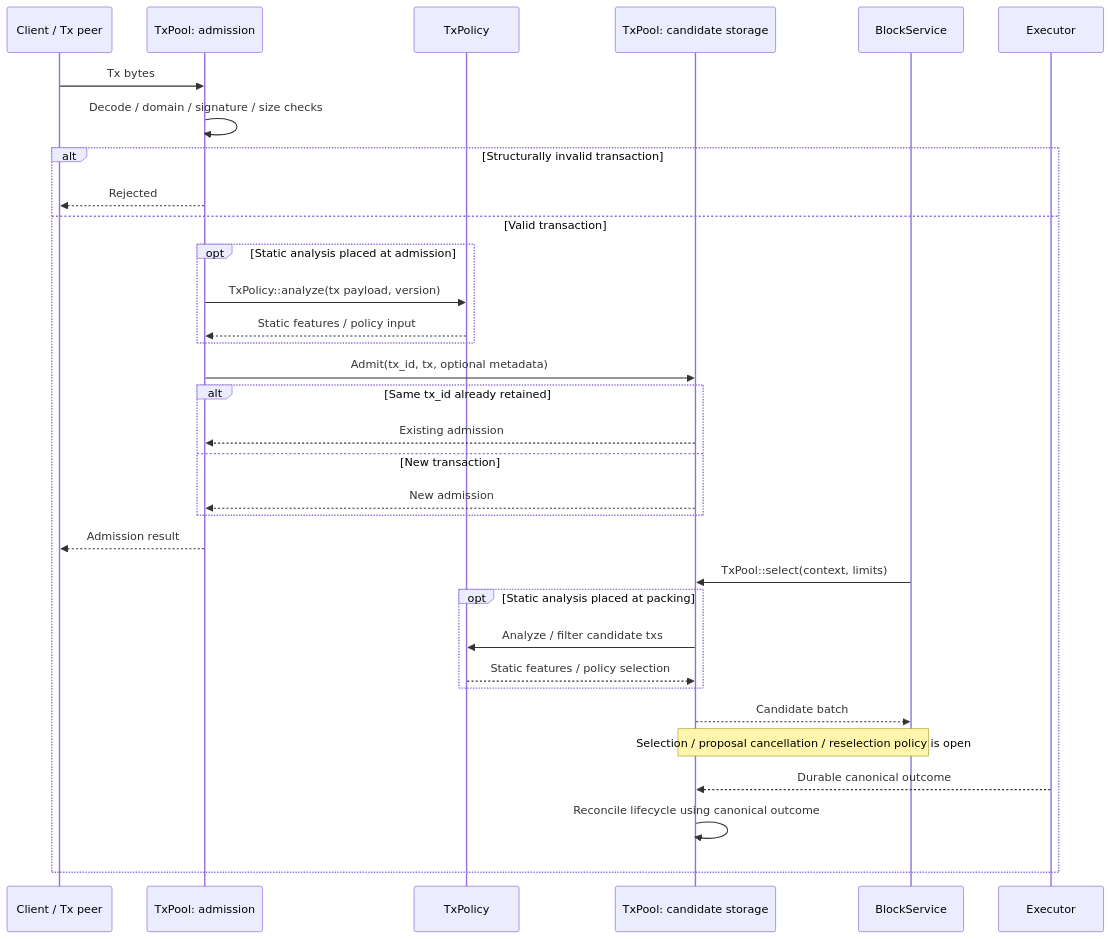
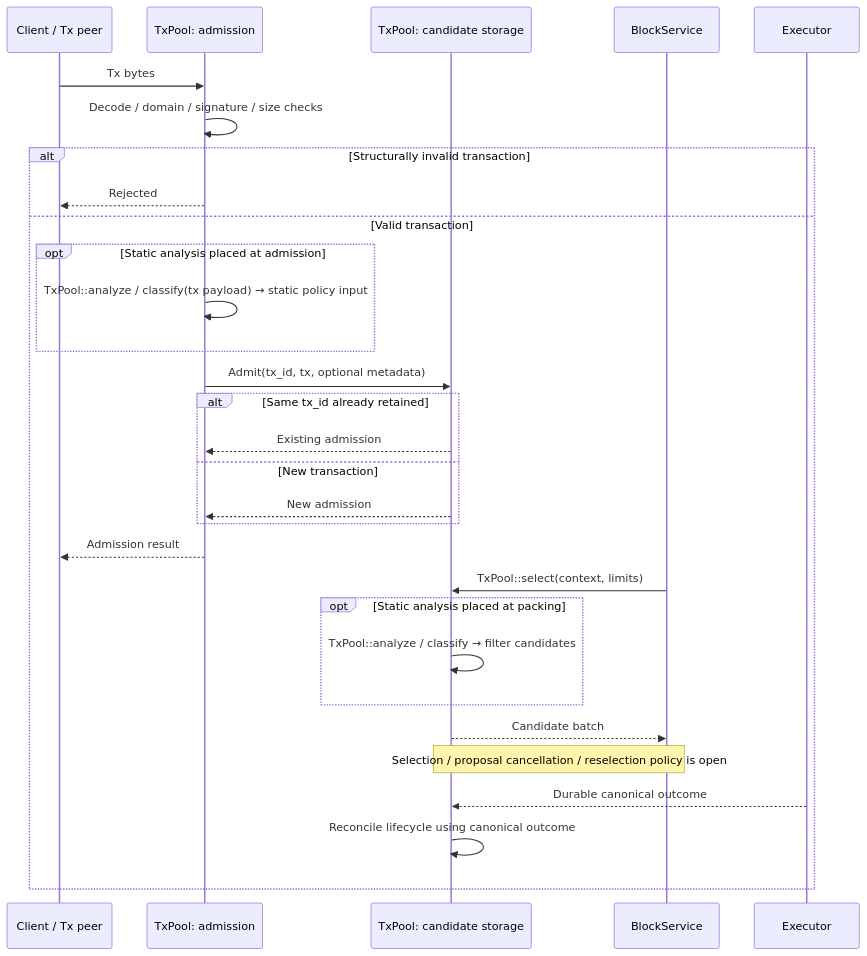
One commit to djm07073/baton-research changed the second of 2 diagrams in docs/e2e/normal.md. Above: the diagram before and after it, drawn with Mermaid. The commit also changed 67 other files, not shown here.

````diff
--- a/docs/e2e/normal.md
+++ b/docs/e2e/normal.md
@@ -41,35 +41,32 @@
 ```mermaid
 sequenceDiagram
     participant C as Client / Tx peer
     participant A as TxPool: admission
-    participant S as TxPolicy
     participant P as TxPool: candidate storage
     participant B as BlockService
     participant O as Executor
     C->>A: Tx bytes
     A->>A: Decode / domain / signature / size checks
     alt Structurally invalid transaction
         A-->>C: Rejected
     else Valid transaction
         opt Static analysis placed at admission
-            A->>S: TxPolicy::analyze(tx payload, version)
-            S-->>A: Static features / policy input
+            A->>A: TxPool::analyze / classify(tx payload) → static policy input
         end
         A->>P: Admit(tx_id, tx, optional metadata)
         alt Same tx_id already retained
             P-->>A: Existing admission
         else New transaction
             P-->>A: New admission
         end
         A-->>C: Admission result
         B->>P: TxPool::select(context, limits)
         opt Static analysis placed at packing
-            P->>S: Analyze / filter candidate txs
-            S-->>P: Static features / policy selection
+            P->>P: TxPool::analyze / classify → filter candidates
         end
         P-->>B: Candidate batch
         Note over P,B: Selection / proposal cancellation / reselection policy is open
         O-->>P: Durable canonical outcome
         P->>P: Reconcile lifecycle using canonical outcome
     end
 ```
````
